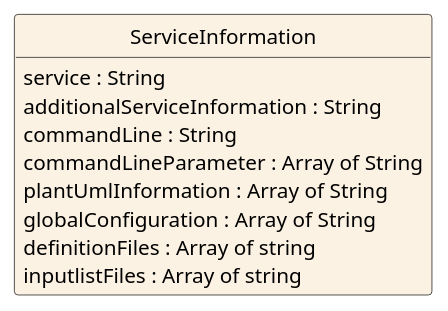
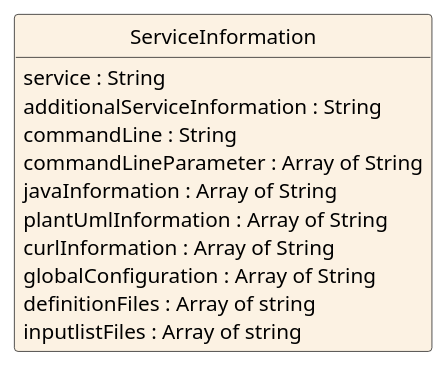
One commit to jfudickar/json2puml changed the diagram in documentation/models/getserviceinformation/getserviceinformation.puml. Above: the diagram before and after it, drawn with PlantUML. The commit also changed 4 other files, not shown here.

```diff
--- a/documentation/models/getserviceinformation/getserviceinformation.puml
+++ b/documentation/models/getserviceinformation/getserviceinformation.puml
@@ -1,24 +1,26 @@
 @startuml
 hide circle
 hide methods
 hide stereotype
 show <<Enumeration>> stereotype
 skinparam class {
    BackgroundColor<<Enumeration>> #E6F5F7
    BackgroundColor<<Ref>> #FFFFE0
    BackgroundColor<<Pivot>> #FFFFFFF
    BackgroundColor #FCF2E3
 }
 
 class ServiceInformation{
    service : String
    additionalServiceInformation : String
    commandLine : String
    commandLineParameter : Array of String
+   javaInformation : Array of String
    plantUmlInformation : Array of String
+   curlInformation : Array of String
    globalConfiguration : Array of String
    definitionFiles : Array of string
    inputlistFiles : Array of string
 }
 
 @enduml
```
